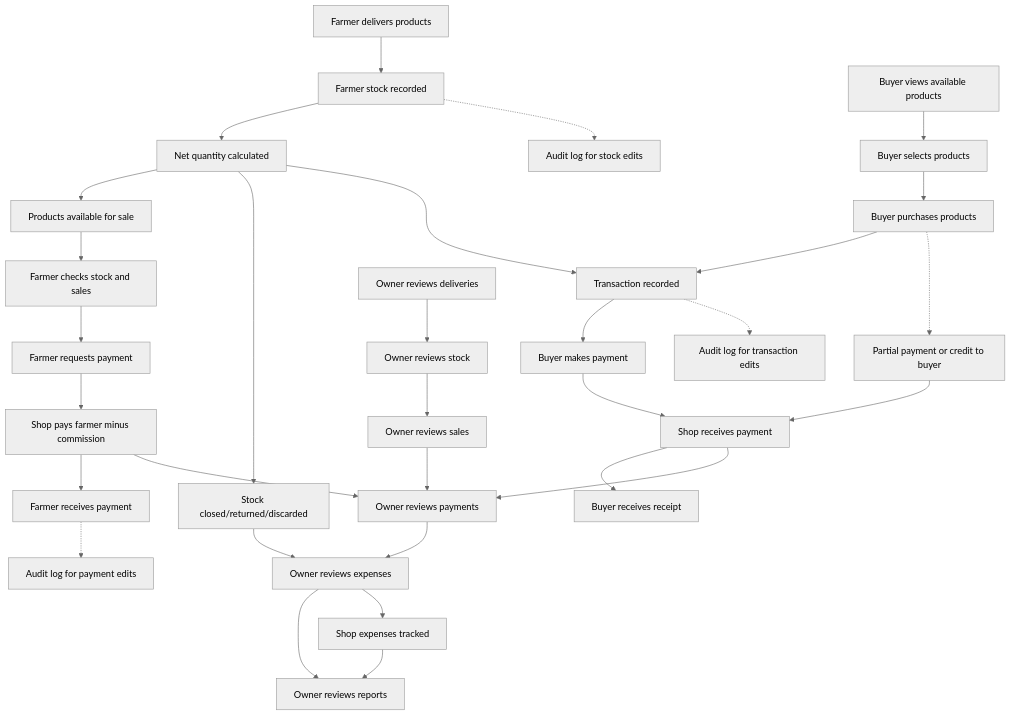
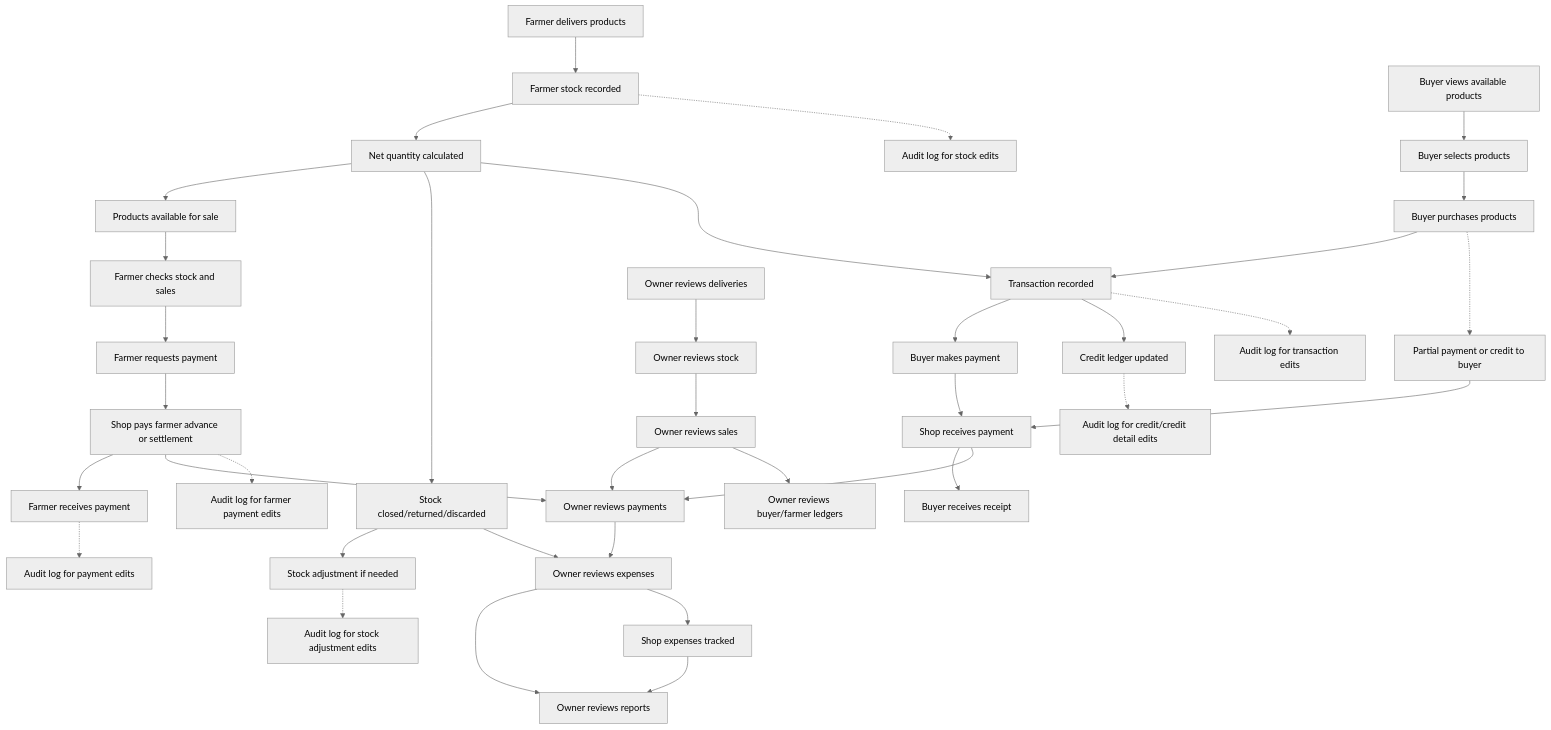
One commit to manojry/kisaanCenter changed the second of 2 diagrams in Documents/ERD.md. Above: the diagram before and after it, drawn with Mermaid (neutral theme). The commit also changed other lines of this file, not shown here.

Commit message:
final erd

````diff
--- a/Documents/ERD.md
+++ b/Documents/ERD.md
@@ -220,44 +271,50 @@
 ```mermaid
 flowchart TD
       %% Farmer Flow
       FA[Farmer delivers products] --> FB[Farmer stock recorded]
       FB --> FC[Net quantity calculated]
       FC --> FD[Products available for sale]
       FD --> FE[Farmer checks stock and sales]
       FE --> FF[Farmer requests payment]
-      FF --> FG[Shop pays farmer minus commission]
+      FF --> FG[Shop pays farmer advance or settlement]
       FG --> FH[Farmer receives payment]
       FC --> FS[Stock closed/returned/discarded]
+      FS --> SA[Stock adjustment if needed]
 
       %% Buyer Flow
       BA[Buyer views available products] --> BB[Buyer selects products]
       BB --> BC[Buyer purchases products]
       BC --> BD[Transaction recorded]
       BD --> BE[Buyer makes payment]
       BE --> BF[Shop receives payment]
       BF --> BG[Buyer receives receipt]
       BC -.-> BM[Partial payment or credit to buyer]
       BM --> BF
+      BD --> CL[Credit ledger updated]
 
       %% Owner Flow
       OA[Owner reviews deliveries] --> OB[Owner reviews stock]
       OB --> OC[Owner reviews sales]
       OC --> OD[Owner reviews payments]
       OD --> OE[Owner reviews expenses]
       OE --> OF[Owner reviews reports]
+      OC --> OL[Owner reviews buyer/farmer ledgers]
 
       %% Shared Steps
       FC --> BD
       FG --> OD
       BF --> OD
       FS --> OE
 
       %% Edge cases
       BD -.-> O1[Audit log for transaction edits]
       FH -.-> O2[Audit log for payment edits]
       FB -.-> O3[Audit log for stock edits]
+      FG -.-> O4[Audit log for farmer payment edits]
+      CL -.-> O5[Audit log for credit/credit detail edits]
+      SA -.-> O6[Audit log for stock adjustment edits]
 
       %% Expenses
-      OE --> O4[Shop expenses tracked]
-      O4 --> OF
+      OE --> O7[Shop expenses tracked]
+      O7 --> OF
 ```
````
